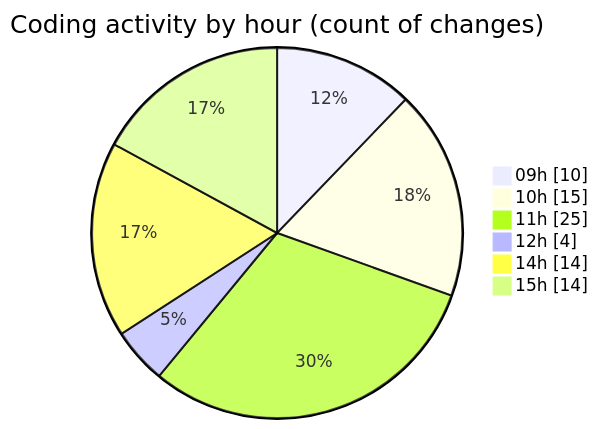
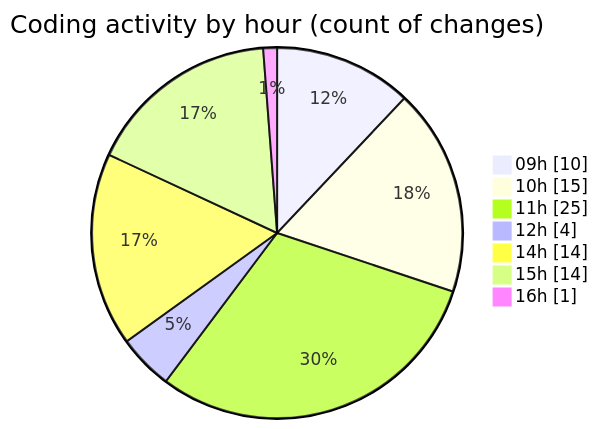
Before and after one commit to MatusMokan/code-tracking: the second of 2 diagrams in 2025-03-21/myws__workspace_/README.md, drawn with Mermaid. The commit also changed other lines of this file and 1 other file, not shown here.

````diff
--- a/2025-03-21/myws__workspace_/README.md
+++ b/2025-03-21/myws__workspace_/README.md
@@ -35,10 +35,11 @@
 ```mermaid
 pie showData
 title Coding activity by hour (count of changes)
 "09h" : 10
 "10h" : 15
 "11h" : 25
 "12h" : 4
 "14h" : 14
 "15h" : 14
+"16h" : 1
 ```
````
